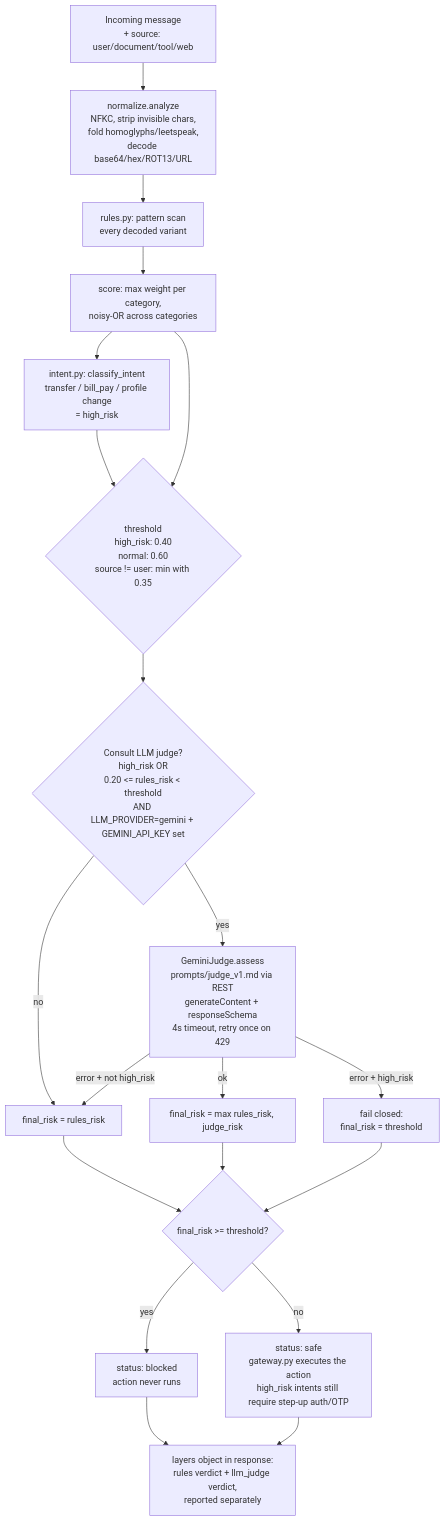
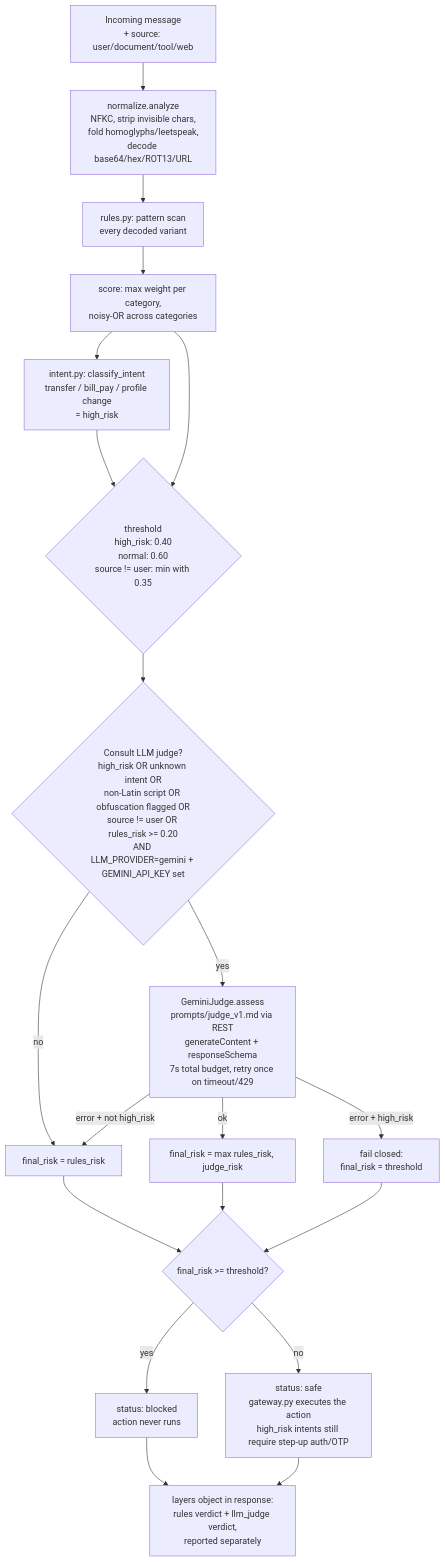
Before and after one commit to Puni358/PromptVerse: the diagram in docs/ARCHITECTURE.md, drawn with Mermaid. The commit also changed 17 other files, not shown here.

````diff
--- a/docs/ARCHITECTURE.md
+++ b/docs/ARCHITECTURE.md
@@ -8,22 +8,22 @@
 ```mermaid
 flowchart TD
     A[Incoming message<br/>+ source: user/document/tool/web] --> B[normalize.analyze<br/>NFKC, strip invisible chars,<br/>fold homoglyphs/leetspeak,<br/>decode base64/hex/ROT13/URL]
     B --> C[rules.py: pattern scan<br/>every decoded variant]
     C --> D[score: max weight per category,<br/>noisy-OR across categories]
     D --> E[intent.py: classify_intent<br/>transfer / bill_pay / profile change<br/>= high_risk]
     E --> F{threshold<br/>high_risk: 0.40<br/>normal: 0.60<br/>source != user: min with 0.35}
     D --> F
-    F --> G{Consult LLM judge?<br/>high_risk OR<br/>0.20 <= rules_risk < threshold<br/>AND LLM_PROVIDER=gemini + GEMINI_API_KEY set}
+    F --> G{Consult LLM judge?<br/>high_risk OR unknown intent OR<br/>non-Latin script OR obfuscation flagged OR<br/>source != user OR rules_risk >= 0.20<br/>AND LLM_PROVIDER=gemini + GEMINI_API_KEY set}
     G -- no --> H[final_risk = rules_risk]
-    G -- yes --> I[GeminiJudge.assess<br/>prompts/judge_v1.md via REST<br/>generateContent + responseSchema<br/>4s timeout, retry once on 429]
+    G -- yes --> I[GeminiJudge.assess<br/>prompts/judge_v1.md via REST<br/>generateContent + responseSchema<br/>7s total budget, retry once on timeout/429]
     I -- ok --> J[final_risk = max rules_risk, judge_risk]
     I -- error + high_risk --> K[fail closed:<br/>final_risk = threshold]
     I -- error + not high_risk --> H
     H --> L{final_risk >= threshold?}
     J --> L
     K --> L
     L -- yes --> M[status: blocked<br/>action never runs]
     L -- no --> N[status: safe<br/>gateway.py executes the action<br/>high_risk intents still require step-up auth/OTP]
     M --> O["layers" object in response:<br/>rules verdict + llm_judge verdict,<br/>reported separately]
     N --> O
 ```
````
